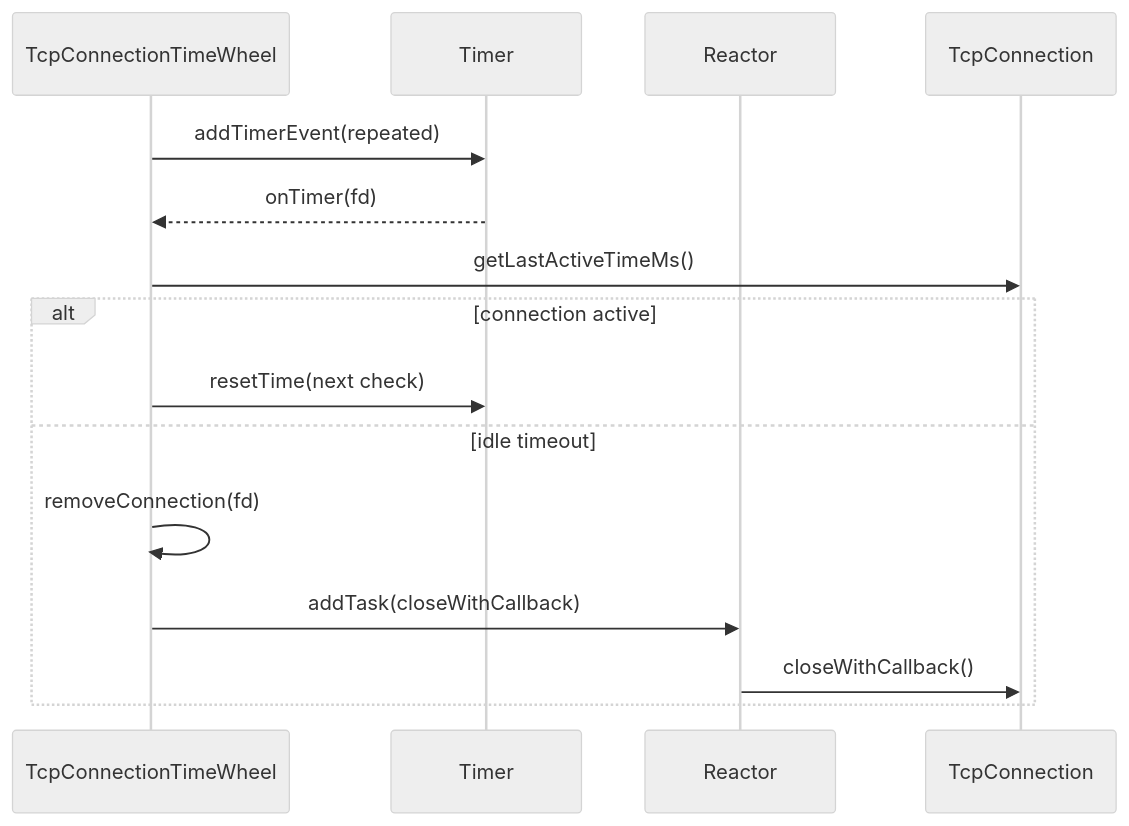
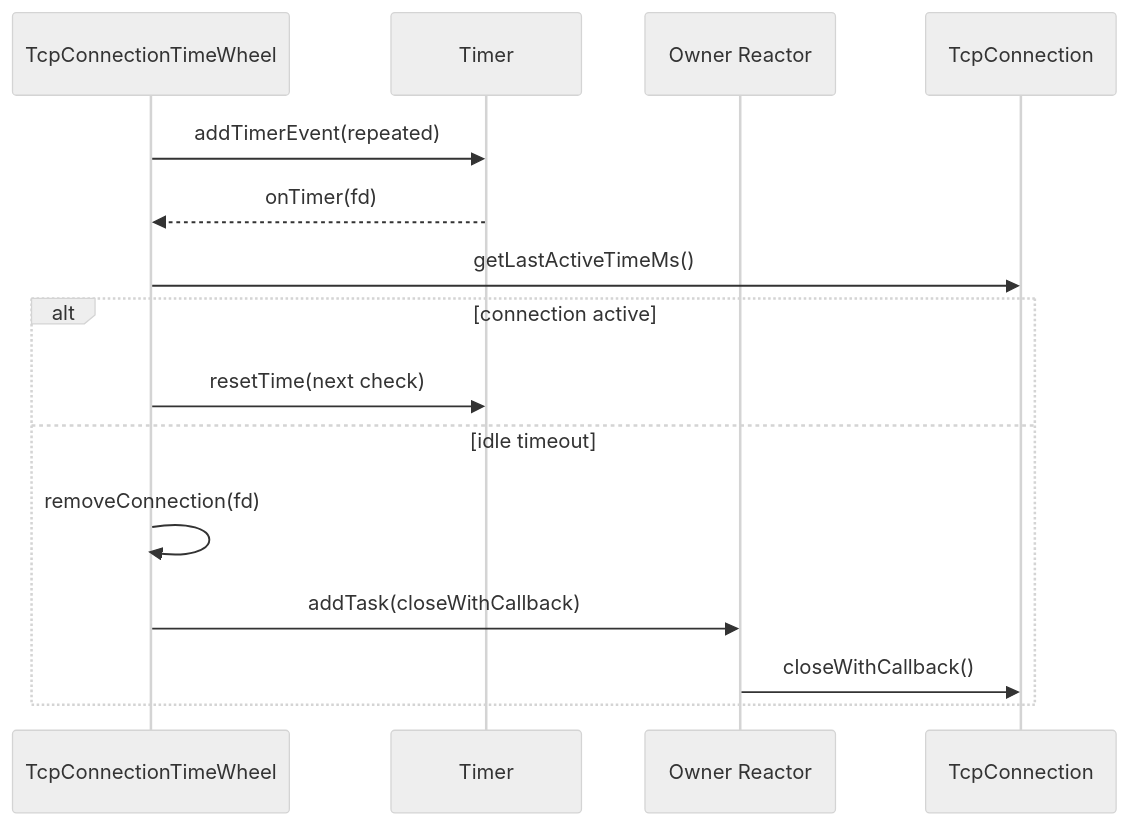
The fifth of 5 diagrams in docs/tcpconnection-lifetime.md (echo9923/rpc), drawn with Mermaid (neutral theme) before and after one commit. The commit also changed other lines of this file and 2 other files, not shown here.

Commit message:
docs(tcp): 任务五十七已完成 明确连接所有权和状态机

````diff
--- a/docs/tcpconnection-lifetime.md
+++ b/docs/tcpconnection-lifetime.md
@@ -92,18 +142,18 @@
 ```mermaid
 sequenceDiagram
     participant Wheel as TcpConnectionTimeWheel
     participant Timer as Timer
-    participant Reactor as Reactor
-    participant Connection as TcpConnection
+    participant Reactor as Owner Reactor
+    participant Conn as TcpConnection
 
     Wheel->>Timer: addTimerEvent(repeated)
     Timer-->>Wheel: onTimer(fd)
-    Wheel->>Connection: getLastActiveTimeMs()
+    Wheel->>Conn: getLastActiveTimeMs()
     alt connection active
         Wheel->>Timer: resetTime(next check)
     else idle timeout
         Wheel->>Wheel: removeConnection(fd)
         Wheel->>Reactor: addTask(closeWithCallback)
-        Reactor->>Connection: closeWithCallback()
+        Reactor->>Conn: closeWithCallback()
     end
 ```
````
